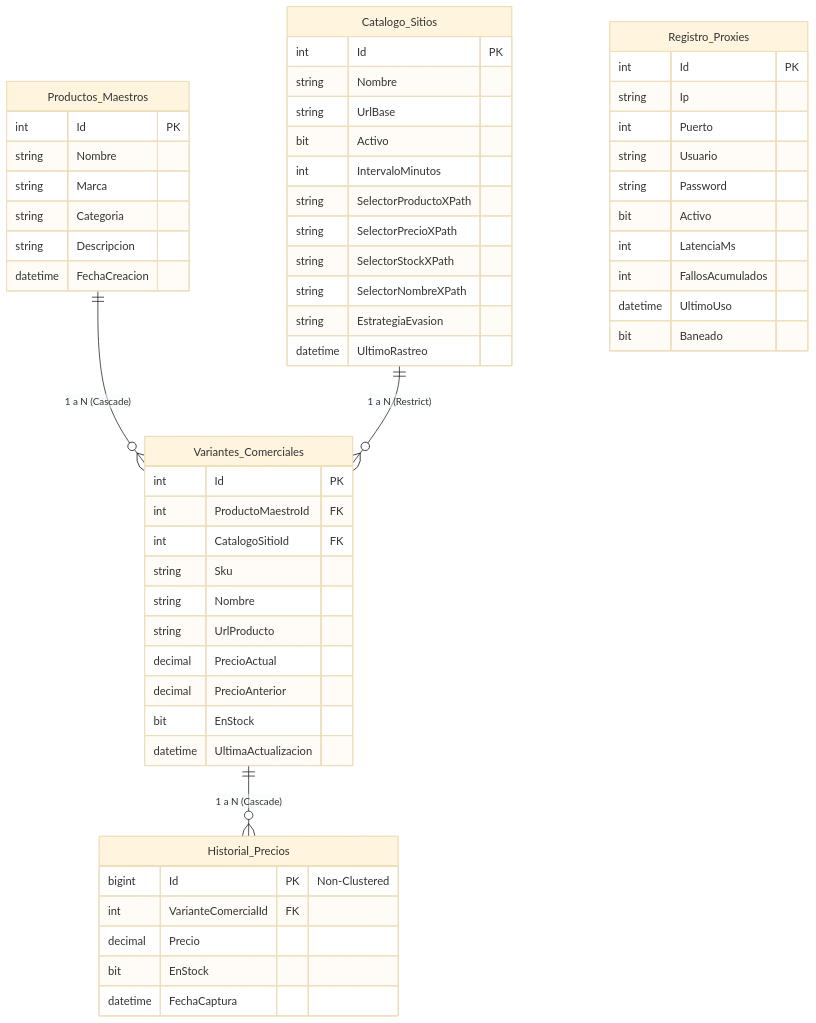
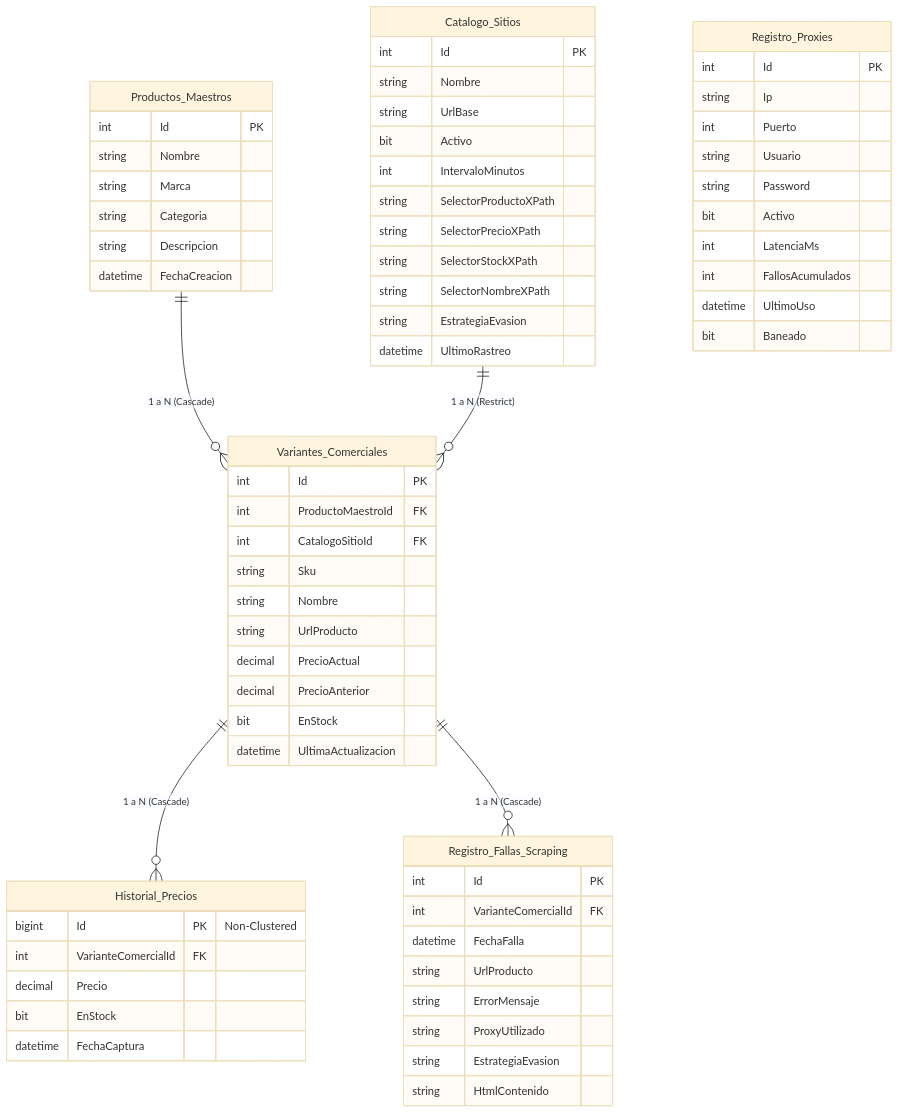
Before and after one commit to controlzeta/Teocuitla: the diagram in DBSchema.md, drawn with Mermaid (base theme). The commit also changed other lines of this file and 2 other files, not shown here.

````diff
--- a/DBSchema.md
+++ b/DBSchema.md
@@ -11,58 +11,69 @@
 ```mermaid
 erDiagram
     Productos_Maestros ||--o{ Variantes_Comerciales : "1 a N (Cascade)"
     Catalogo_Sitios ||--o{ Variantes_Comerciales : "1 a N (Restrict)"
     Variantes_Comerciales ||--o{ Historial_Precios : "1 a N (Cascade)"
+    Variantes_Comerciales ||--o{ Registro_Fallas_Scraping : "1 a N (Cascade)"
     Registro_Proxies {
         int Id PK
         string Ip
         int Puerto
         string Usuario
         string Password
         bit Activo
         int LatenciaMs
         int FallosAcumulados
         datetime UltimoUso
         bit Baneado
     }
     Productos_Maestros {
         int Id PK
         string Nombre
         string Marca
         string Categoria
         string Descripcion
         datetime FechaCreacion
     }
     Catalogo_Sitios {
         int Id PK
         string Nombre
         string UrlBase
         bit Activo
         int IntervaloMinutos
         string SelectorProductoXPath
         string SelectorPrecioXPath
         string SelectorStockXPath
         string SelectorNombreXPath
         string EstrategiaEvasion
         datetime UltimoRastreo
     }
     Variantes_Comerciales {
         int Id PK
         int ProductoMaestroId FK
         int CatalogoSitioId FK
         string Sku
         string Nombre
         string UrlProducto
         decimal PrecioActual
         decimal PrecioAnterior
         bit EnStock
         datetime UltimaActualizacion
     }
     Historial_Precios {
         bigint Id PK "Non-Clustered"
         int VarianteComercialId FK
         decimal Precio
         bit EnStock
         datetime FechaCaptura
     }
+    Registro_Fallas_Scraping {
+        int Id PK
+        int VarianteComercialId FK
+        datetime FechaFalla
+        string UrlProducto
+        string ErrorMensaje
+        string ProxyUtilizado
+        string EstrategiaEvasion
+        string HtmlContenido
+    }
 ```
````
